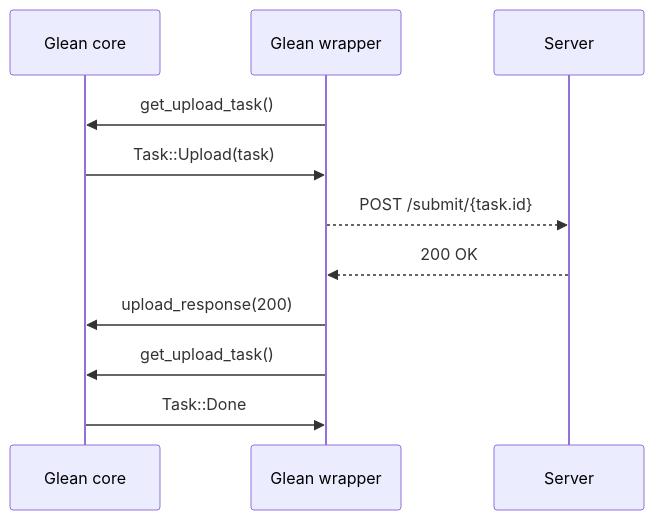
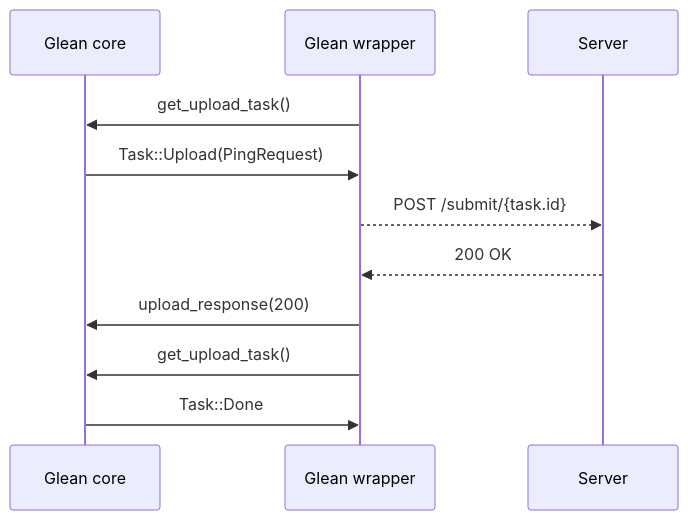
The diagram in docs/dev/core/internal/upload.md (mozilla/glean), drawn with Mermaid before and after one commit. The commit also changed other lines of this file and 2 other files, not shown here.

Commit message:
Describe the rate limiting on the glean book

````diff
--- a/docs/dev/core/internal/upload.md
+++ b/docs/dev/core/internal/upload.md
@@ -15,14 +15,14 @@
 ```mermaid
 sequenceDiagram
     participant Glean core
     participant Glean wrapper
     participant Server
 
     Glean wrapper->>Glean core: get_upload_task()
-    Glean core->>Glean wrapper: Task::Upload(task)
+    Glean core->>Glean wrapper: Task::Upload(PingRequest)
     Glean wrapper-->>Server: POST /submit/{task.id}
     Server-->>Glean wrapper: 200 OK
     Glean wrapper->>Glean core: upload_response(200)
     Glean wrapper->>Glean core: get_upload_task()
     Glean core->>Glean wrapper: Task::Done
 ```
````
